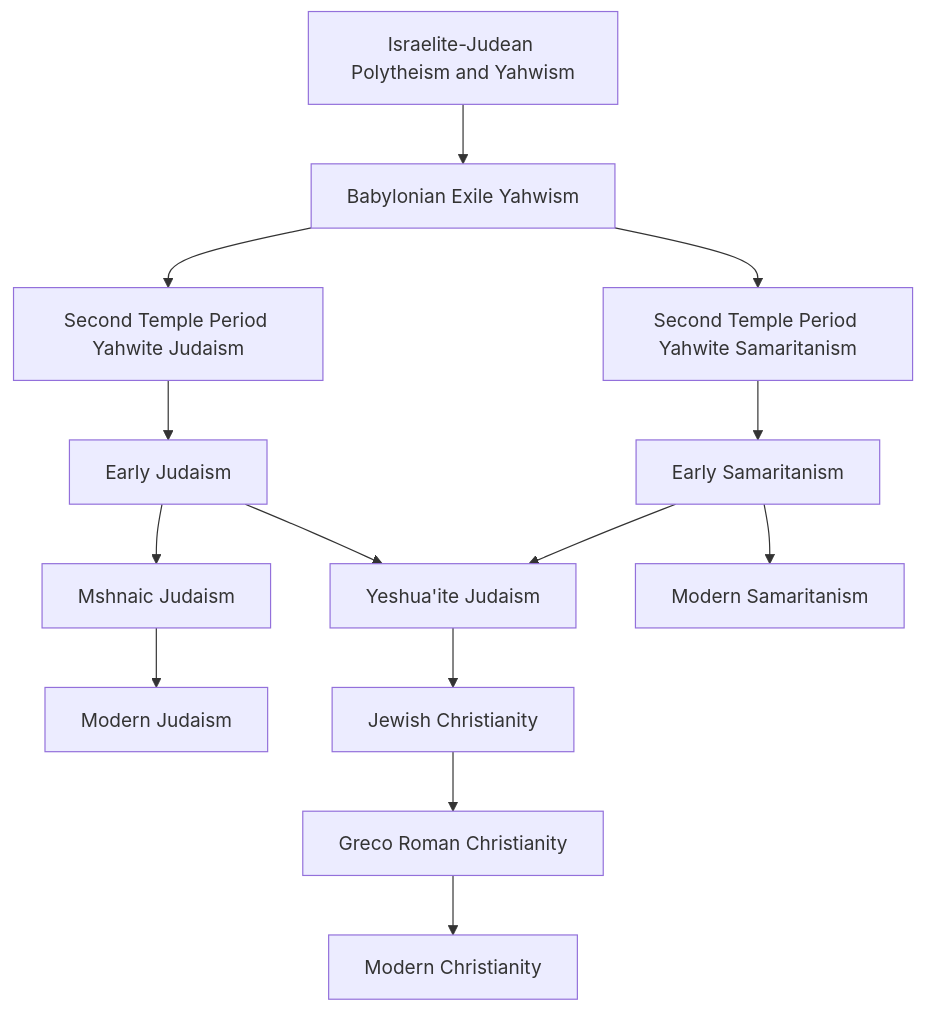
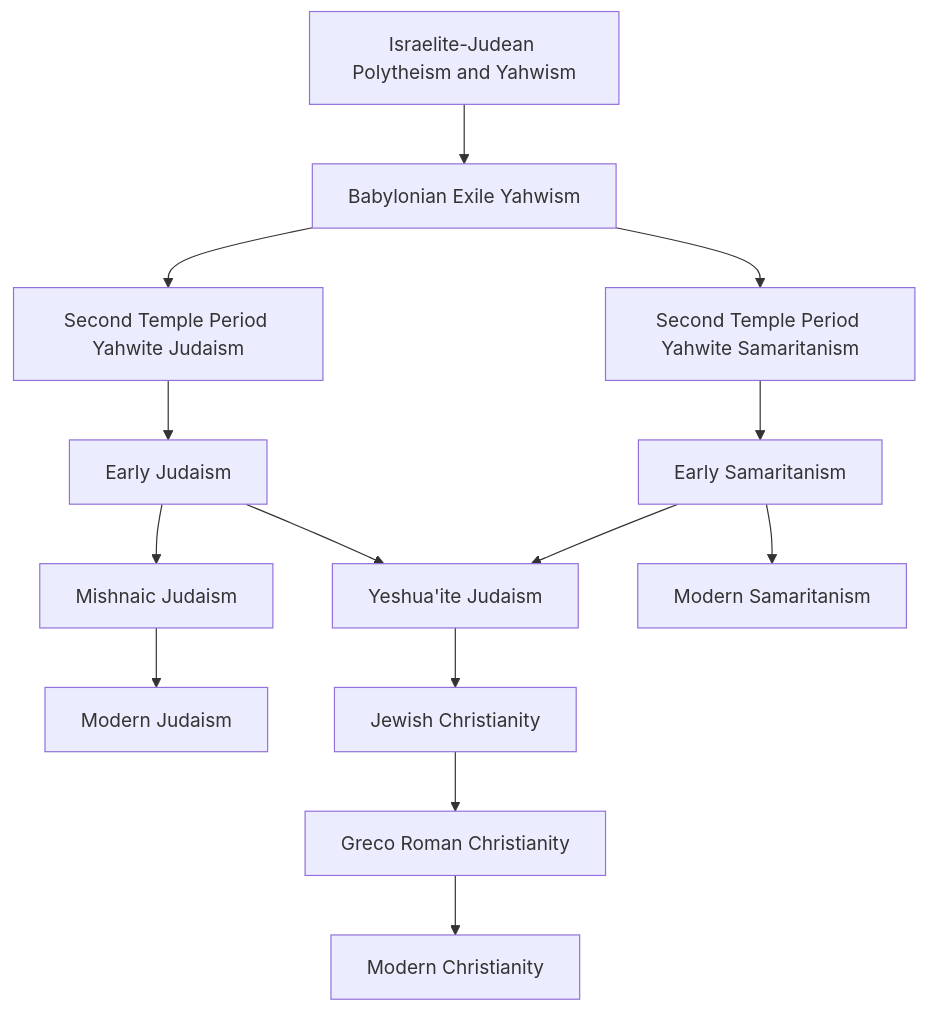
Before and after one commit to bendqh1/mermaid: the diagram in emergence_of_judaism_and_samaritanism.mermaid, drawn with Mermaid.

```diff
--- a/emergence_of_judaism_and_samaritanism.mermaid
+++ b/emergence_of_judaism_and_samaritanism.mermaid
@@ -1,18 +1,18 @@
 flowchart TD
     A1[Israelite-Judean Polytheism and Yahwism]
     A1 --> A2[Babylonian Exile Yahwism]
     A2 --> A3[Second Temple Period Yahwite Judaism] 
     A2 --> A4[Second Temple Period Yahwite Samaritanism]
 
     A3 --> B1[Early Judaism]
     A4 --> B2[Early Samaritanism]
 
-    B1 --> C1[Mshnaic Judaism]
+    B1 --> C1[Mishnaic Judaism]
     B1 & B2 --> C2[Yeshua'ite Judaism]
 
     C1 --> D1[Modern Judaism]
     B2 --> D2[Modern Samaritanism]
     
     C2 --> XX1[Jewish Christianity]
     XX1 --> XX2[Greco Roman Christianity]
     XX2 --> XX3[Modern Christianity]
```
